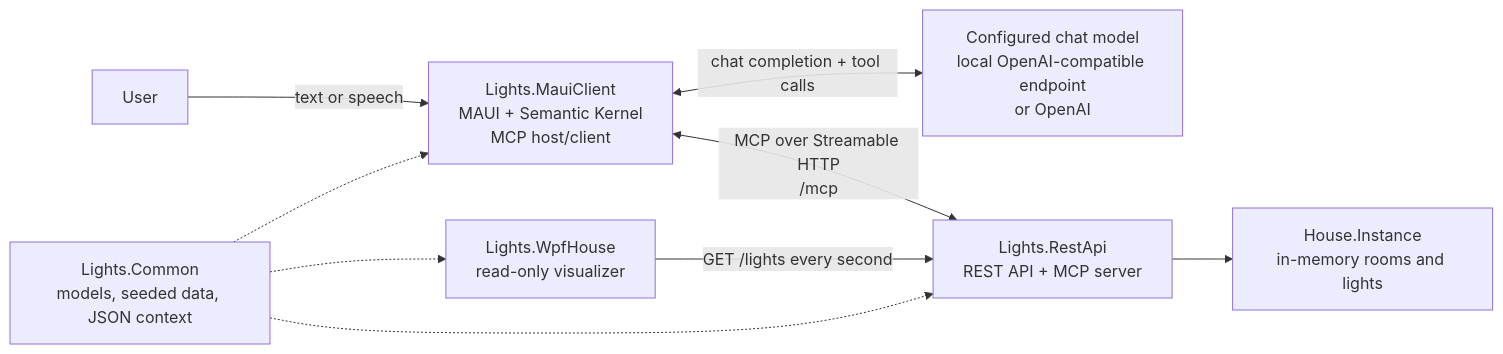
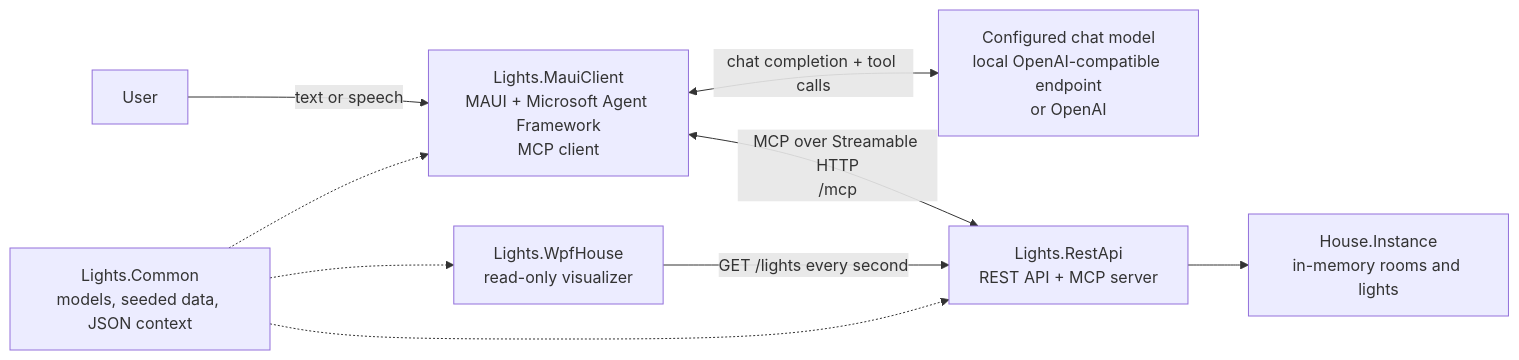
The diagram in README.md (pierre01/AIKernelMCPClient), drawn with Mermaid before and after one commit. The commit also changed other lines of this file and 5 other files, not shown here.

Commit message:
Migrated from Semantic Kernel to Microsoft Agents

````diff
--- a/README.md
+++ b/README.md
@@ -11,11 +11,11 @@
 ```mermaid
 flowchart LR
-    User["User"] -->|text or speech| Maui["Lights.MauiClient<br/>MAUI + Semantic Kernel<br/>MCP host/client"]
+    User["User"] -->|text or speech| Maui["Lights.MauiClient<br/>MAUI + Microsoft Agent Framework<br/>MCP client"]
     Maui <-->|chat completion + tool calls| Model["Configured chat model<br/>local OpenAI-compatible endpoint<br/>or OpenAI"]
     Maui <-->|MCP over Streamable HTTP<br/>/mcp| Api["Lights.RestApi<br/>REST API + MCP server"]
     Api --> State["House.Instance<br/>in-memory rooms and lights"]
     Wpf["Lights.WpfHouse<br/>read-only visualizer"] -->|GET /lights every second| Api
     Common["Lights.Common<br/>models, seeded data, JSON context"] -.-> Maui
     Common -.-> Api
     Common -.-> Wpf
 ```
````
